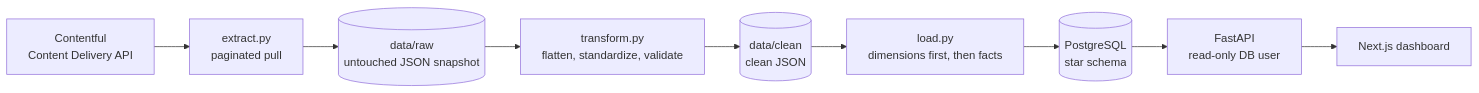
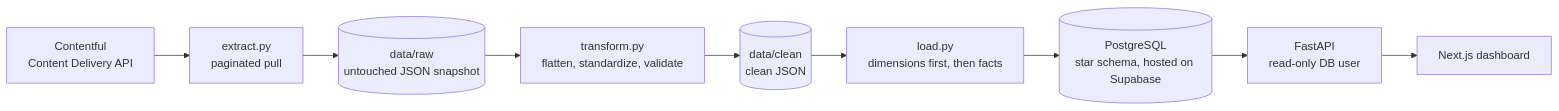
Before and after one commit to jcsmileyjr/memphis-tech-events-pipeline: the first of 2 diagrams in docs/case-study.md, drawn with Mermaid. The commit also changed other lines of this file and 1 other file, not shown here.

Commit message:
Update documentation to reflect hosted PostgreSQL on Supabase and revised event data metrics

````diff
--- a/docs/case-study.md
+++ b/docs/case-study.md
@@ -25,11 +23,11 @@
 ```mermaid
 flowchart LR
     A[Contentful<br/>Content Delivery API] --> B[extract.py<br/>paginated pull]
     B --> C[(data/raw<br/>untouched JSON snapshot)]
     C --> D[transform.py<br/>flatten, standardize, validate]
     D --> E[(data/clean<br/>clean JSON)]
     E --> F[load.py<br/>dimensions first, then facts]
-    F --> G[(PostgreSQL<br/>star schema)]
+    F --> G[(PostgreSQL<br/>star schema, hosted on Supabase)]
     G --> H[FastAPI<br/>read-only DB user]
     H --> I[Next.js dashboard]
 ```
````
